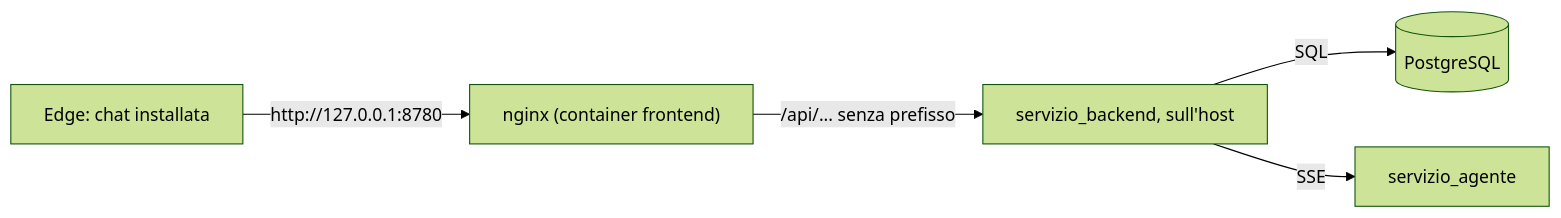
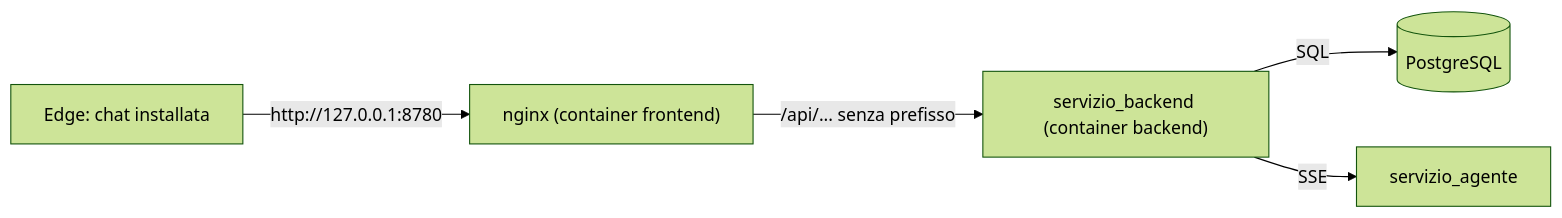
One commit to mattiaramon25-2-oss/Agente changed the diagram in assistente-laboratorio/docs/studio/15-chat-nel-browser.md. Above: the diagram before and after it, drawn with Mermaid (forest theme). The commit also changed other lines of this file and 22 other files, not shown here.

````diff
--- a/assistente-laboratorio/docs/studio/15-chat-nel-browser.md
+++ b/assistente-laboratorio/docs/studio/15-chat-nel-browser.md
@@ -35,7 +36,7 @@
 ```mermaid
 flowchart LR
     U[Edge: chat installata] -->|"http://127.0.0.1:8780"| N["nginx (container frontend)"]
-    N -->|"/api/... senza prefisso"| B[servizio_backend, sull'host]
+    N -->|"/api/... senza prefisso"| B["servizio_backend (container backend)"]
     B -->|SQL| P[(PostgreSQL)]
     B -->|SSE| A[servizio_agente]
 ```
````
